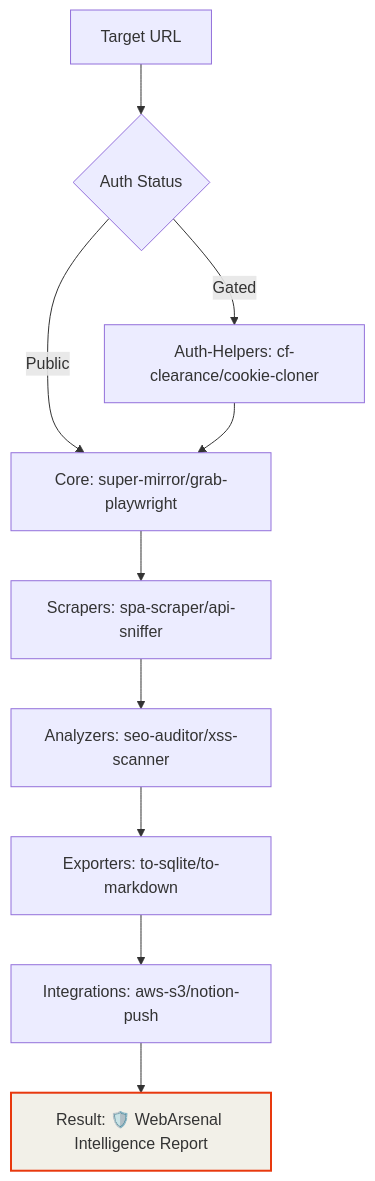
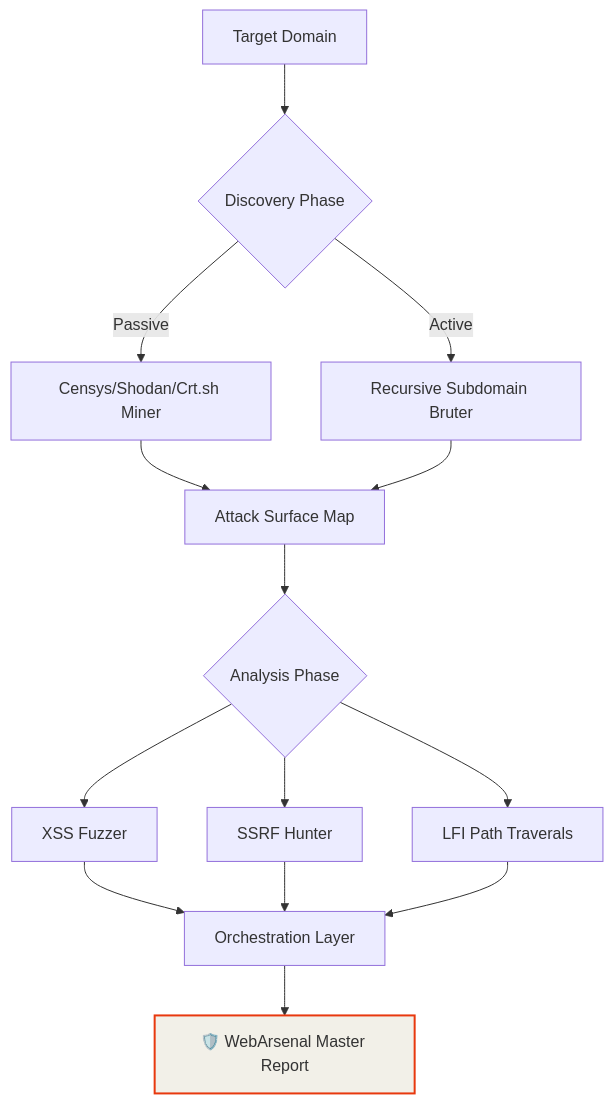
Before and after one commit to edwinnyandika/webarsenal-v2: the first of 2 diagrams in README.md, drawn with Mermaid. The commit also changed other lines of this file and 3 other files, not shown here.

````diff
--- a/README.md
+++ b/README.md
@@ -19,13 +14,17 @@
 ```mermaid
 graph TD
-    A[Target URL] --> B{Auth Status}
-    B -- Gated --> C[Auth-Helpers: cf-clearance/cookie-cloner]
-    B -- Public --> D[Core: super-mirror/grab-playwright]
-    C --> D
-    D --> E[Scrapers: spa-scraper/api-sniffer]
-    E --> F[Analyzers: seo-auditor/xss-scanner]
-    F --> G[Exporters: to-sqlite/to-markdown]
-    G --> H[Integrations: aws-s3/notion-push]
-    H --> I[Result: 🛡️ WebArsenal Intelligence Report]
-    style I fill:#f2f0e8,stroke:#e8390e,stroke-width:2px;
+    A[Target Domain] --> B{Discovery Phase}
+    B -- Passive --> C[Censys/Shodan/Crt.sh Miner]
+    B -- Active --> D[Recursive Subdomain Bruter]
+    C --> E[Attack Surface Map]
+    D --> E
+    E --> F{Analysis Phase}
+    F --> G[XSS Fuzzer]
+    F --> H[SSRF Hunter]
+    F --> I[LFI Path Traverals]
+    G --> J[Orchestration Layer]
+    H --> J
+    I --> J
+    J --> K[🛡️ WebArsenal Master Report]
+    style K fill:#f2f0e8,stroke:#e8390e,stroke-width:2px;
 ```
````
